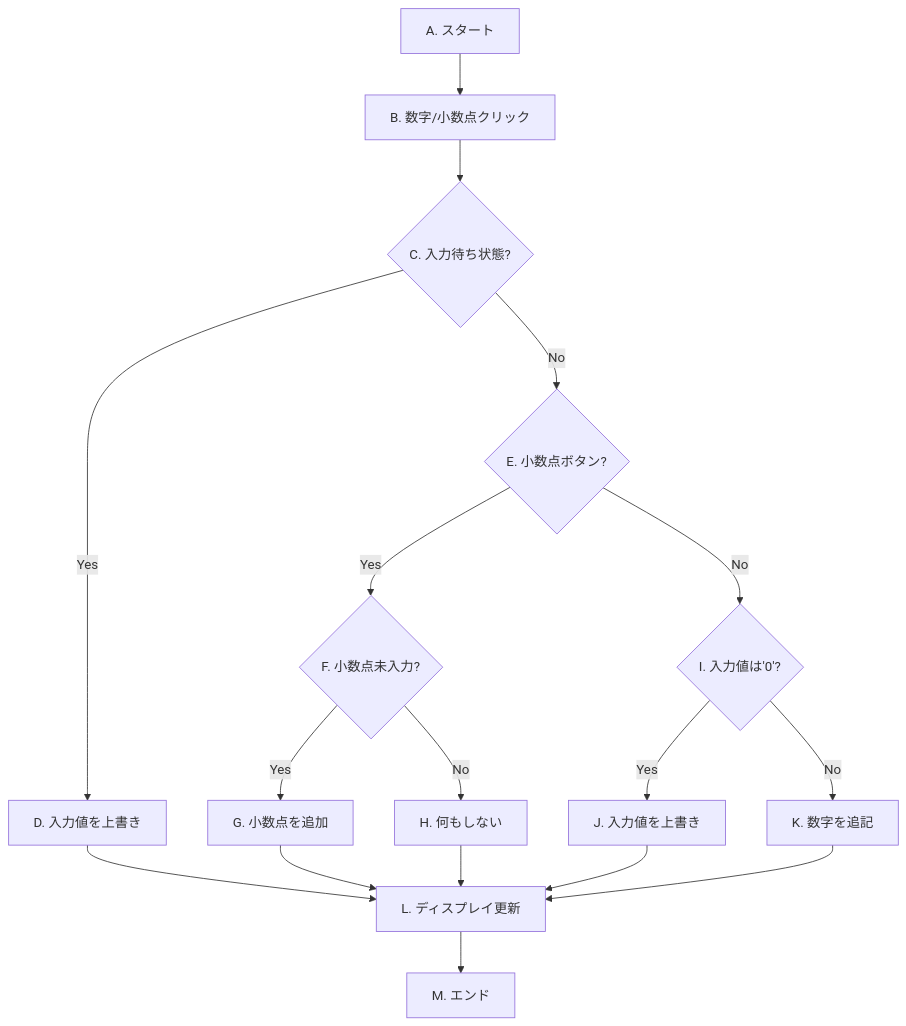
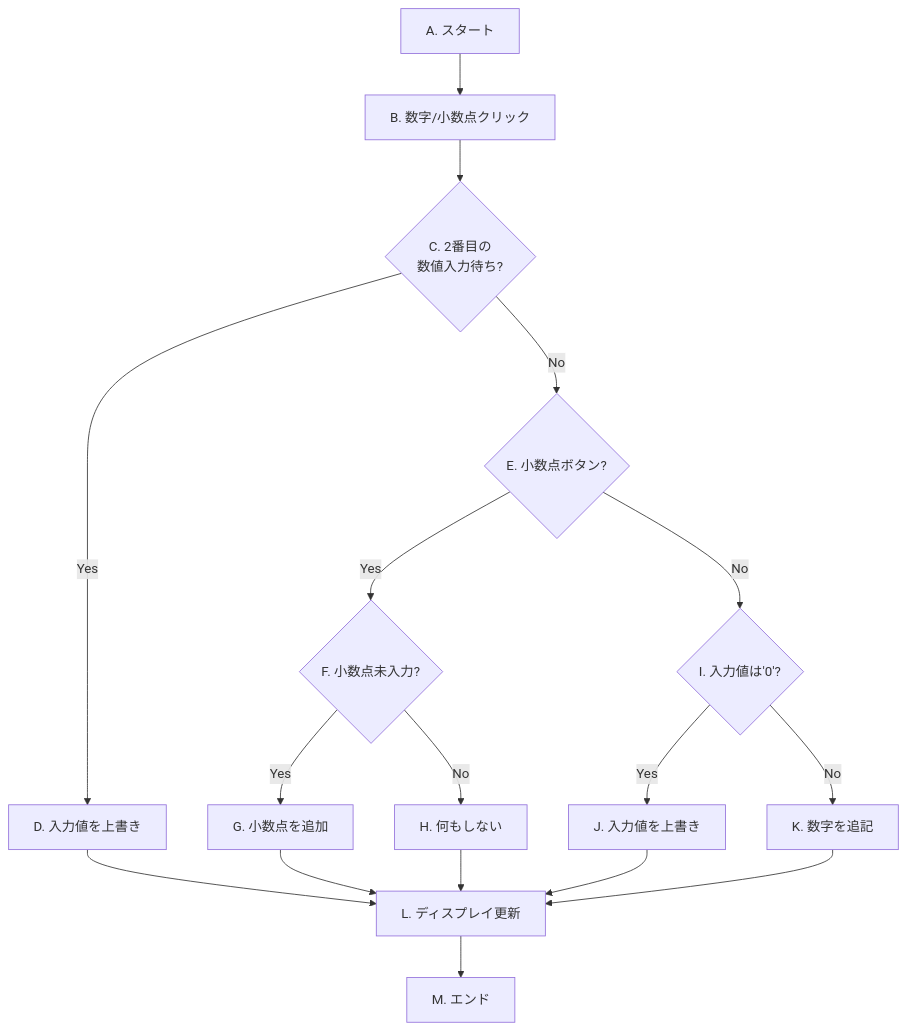
The first of 3 diagrams in README.md (jun1waka/OIC2025-Front03), drawn with Mermaid before and after one commit. The commit also changed other lines of this file, not shown here.

````diff
--- a/README.md
+++ b/README.md
@@ -235,15 +179,15 @@
 ```mermaid
 graph TD
     A["A. スタート"] --> B["B. 数字/小数点クリック"];
-    B --> C{"C. 入力待ち状態?"};
+    B --> C{"C. 2番目の<br>数値入力待ち?"};
     C -- Yes --> D["D. 入力値を上書き"];
     C -- No --> E{"E. 小数点ボタン?"};
     E -- Yes --> F{"F. 小数点未入力?"};
     F -- Yes --> G["G. 小数点を追加"];
     F -- No --> H["H. 何もしない"];
     E -- No --> I{"I. 入力値は'0'?"};
     I -- Yes --> J["J. 入力値を上書き"];
     I -- No --> K["K. 数字を追記"];
     D & G & H & J & K --> L["L. ディスプレイ更新"];
     L --> M["M. エンド"];
 ```
````
